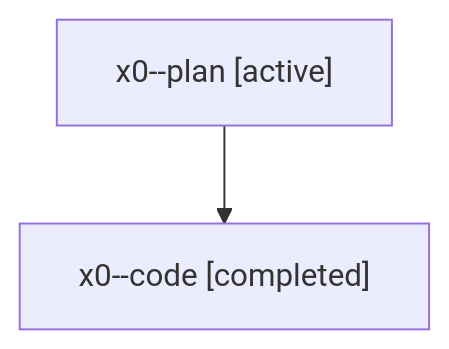
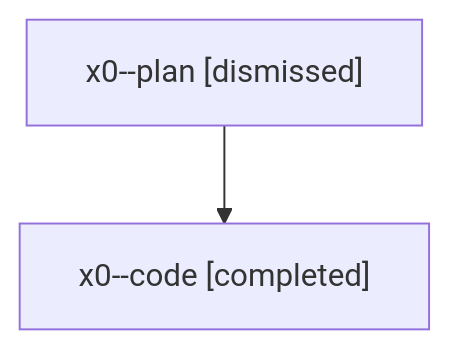
Before and after one commit to sase-org/sase--agents: the diagram in sessions/bbugyi200.athena.x0.md, drawn with Mermaid. The commit also changed other lines of this file and 42 other files, not shown here.

````diff
--- a/sessions/bbugyi200.athena.x0.md
+++ b/sessions/bbugyi200.athena.x0.md
@@ -9,6 +9,6 @@
 ```mermaid
 flowchart TD
-  n0["x0--plan [active]"]
+  n0["x0--plan [dismissed]"]
   n1["x0--code [completed]"]
   n0 --> n1
 ```
````
